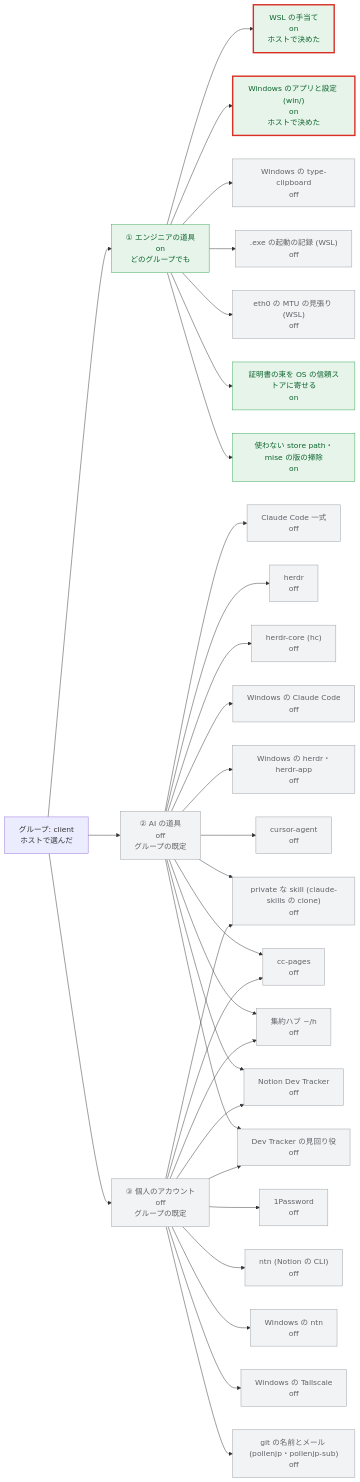
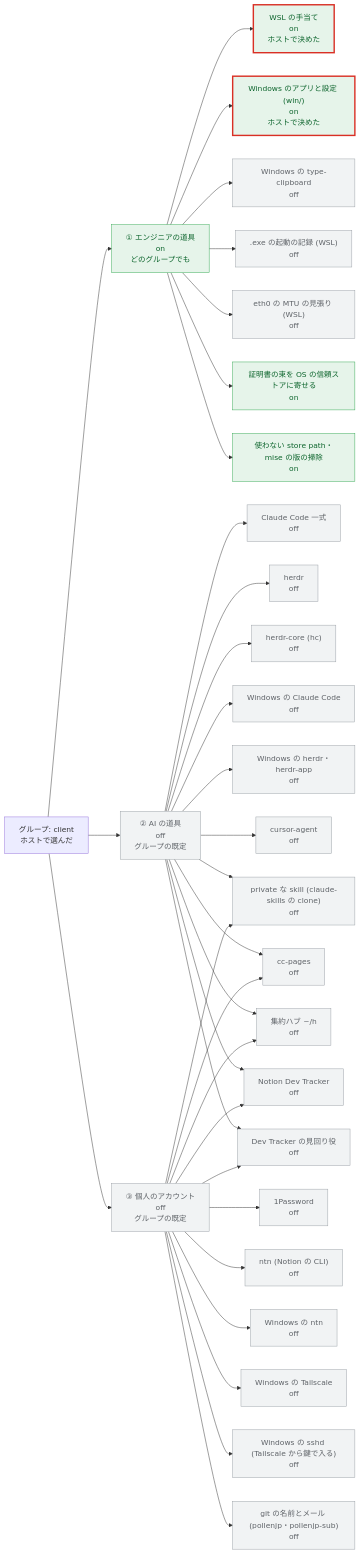
The third of 4 diagrams in nix/groups.md (pollenjp/dotfiles), drawn with Mermaid before and after one commit. The commit also changed other lines of this file and 8 other files, not shown here.

First line of the commit message:
feat(nix,win): Windows に sshd を入れるかの switch (wsl.windowsFiles.sshd.enable) と、入れる鍵の option を足す

````diff
--- a/nix/groups.md
+++ b/nix/groups.md
@@ -269,70 +276,72 @@
 ```mermaid
 flowchart LR
   g["グループ: client<br/>ホストで選んだ"]
   t1["① エンジニアの道具<br/>on<br/>どのグループでも"]
   t2["② AI の道具<br/>off<br/>グループの既定"]
   t3["③ 個人のアカウント<br/>off<br/>グループの既定"]
   g --> t1
   g --> t2
   g --> t3
   wsl["WSL の手当て<br/>on<br/>ホストで決めた"]
   windowsFiles["Windows のアプリと設定 (win/)<br/>on<br/>ホストで決めた"]
   windowsTypeClipboard["Windows の type-clipboard<br/>off"]
   exeExecTrace[".exe の起動の記録 (WSL)<br/>off"]
   mtuGuard["eth0 の MTU の見張り (WSL)<br/>off"]
   osCaBundle["証明書の束を OS の信頼ストアに寄せる<br/>on"]
   cleanup["使わない store path・mise の版の掃除<br/>on"]
   claude["Claude Code 一式<br/>off"]
   herdr["herdr<br/>off"]
   herdrCore["herdr-core (hc)<br/>off"]
   windowsClaudeCode["Windows の Claude Code<br/>off"]
   windowsHerdr["Windows の herdr・herdr-app<br/>off"]
   cursorAgent["cursor-agent<br/>off"]
   claudePrivateSkills["private な skill (claude-skills の clone)<br/>off"]
   ccPages["cc-pages<br/>off"]
   herdrHub["集約ハブ ~/h<br/>off"]
   devTracker["Notion Dev Tracker<br/>off"]
   devTrackerInbox["Dev Tracker の見回り役<br/>off"]
   onePassword["1Password<br/>off"]
   ntn["ntn (Notion の CLI)<br/>off"]
   windowsNtn["Windows の ntn<br/>off"]
   windowsTailscale["Windows の Tailscale<br/>off"]
+  windowsSshd["Windows の sshd (Tailscale から鍵で入る)<br/>off"]
   gitIdentity["git の名前とメール (pollenjp・pollenjp-sub)<br/>off"]
   t1 --> wsl
   t1 --> windowsFiles
   t1 --> windowsTypeClipboard
   t1 --> exeExecTrace
   t1 --> mtuGuard
   t1 --> osCaBundle
   t1 --> cleanup
   t2 --> claude
   t2 --> herdr
   t2 --> herdrCore
   t2 --> windowsClaudeCode
   t2 --> windowsHerdr
   t2 --> cursorAgent
   t2 --> claudePrivateSkills
   t3 --> claudePrivateSkills
   t2 --> ccPages
   t3 --> ccPages
   t2 --> herdrHub
   t3 --> herdrHub
   t2 --> devTracker
   t3 --> devTracker
   t2 --> devTrackerInbox
   t3 --> devTrackerInbox
   t3 --> onePassword
   t3 --> ntn
   t3 --> windowsNtn
   t3 --> windowsTailscale
+  t3 --> windowsSshd
   t3 --> gitIdentity
   classDef on fill:#e6f4ea,stroke:#34a853,color:#0d652d
   classDef off fill:#f1f3f4,stroke:#9aa0a6,color:#5f6368
   classDef na fill:#ffffff,stroke:#bdc1c6,color:#9aa0a6,stroke-dasharray:4 3
   classDef onHost fill:#e6f4ea,stroke:#d93025,stroke-width:3px,color:#0d652d
   classDef offHost fill:#f1f3f4,stroke:#d93025,stroke-width:3px,color:#5f6368
   classDef naHost fill:#ffffff,stroke:#d93025,stroke-width:3px,color:#9aa0a6,stroke-dasharray:4 3
   class t1,osCaBundle,cleanup on
-  class t2,t3,windowsTypeClipboard,exeExecTrace,mtuGuard,claude,herdr,herdrCore,windowsClaudeCode,windowsHerdr,cursorAgent,claudePrivateSkills,ccPages,herdrHub,devTracker,devTrackerInbox,onePassword,ntn,windowsNtn,windowsTailscale,gitIdentity off
+  class t2,t3,windowsTypeClipboard,exeExecTrace,mtuGuard,claude,herdr,herdrCore,windowsClaudeCode,windowsHerdr,cursorAgent,claudePrivateSkills,ccPages,herdrHub,devTracker,devTrackerInbox,onePassword,ntn,windowsNtn,windowsTailscale,windowsSshd,gitIdentity off
   class wsl,windowsFiles onHost
 ```
````
